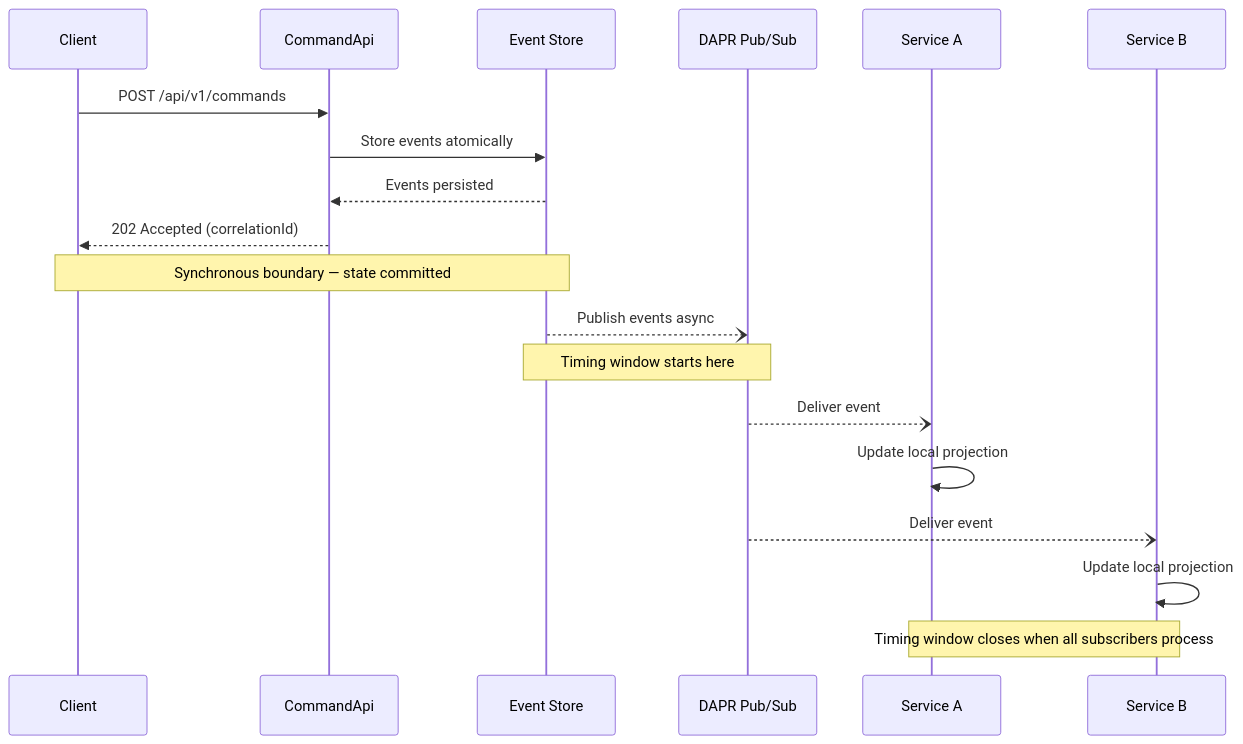
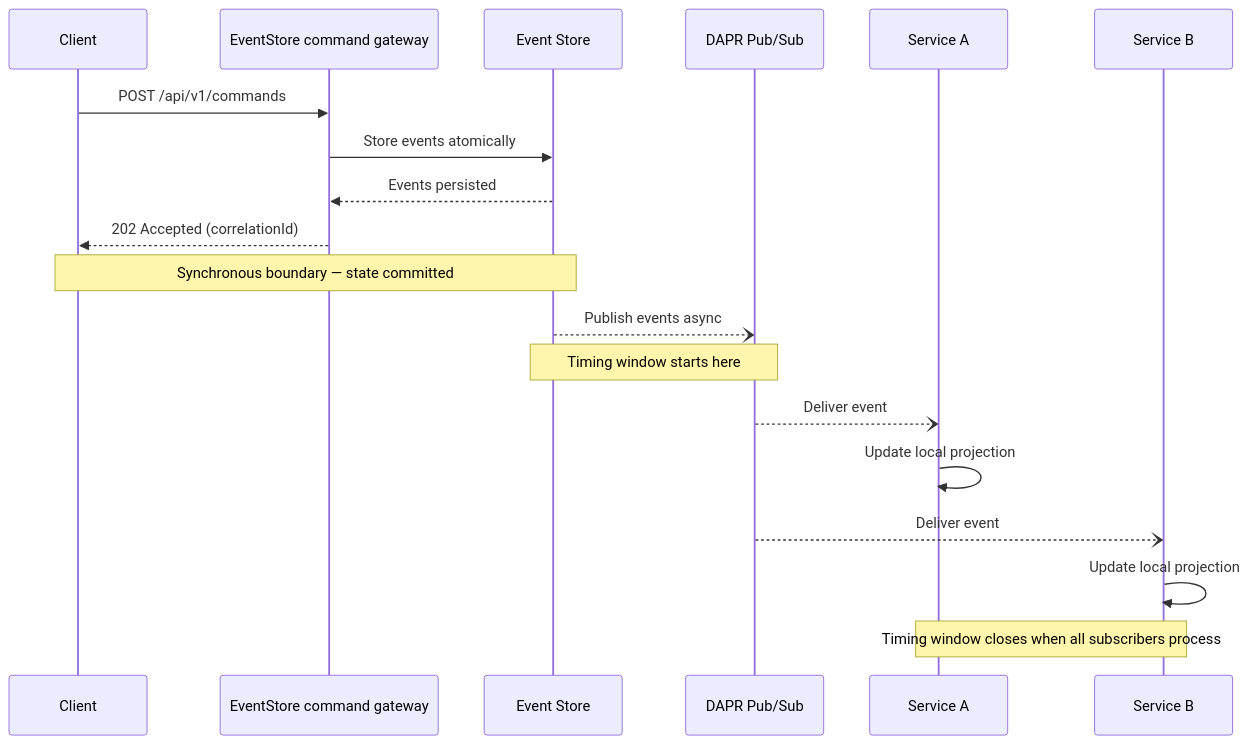
Before and after one commit to Hexalith/Hexalith.Tenants: the diagram in docs/cross-aggregate-timing.md, drawn with Mermaid. The commit also changed other lines of this file and 7 other files, not shown here.

````diff
--- a/docs/cross-aggregate-timing.md
+++ b/docs/cross-aggregate-timing.md
@@ -25,27 +25,27 @@
 ```mermaid
 sequenceDiagram
     participant Client
-    participant CommandApi
+    participant Gateway as EventStore command gateway
     participant EventStore as Event Store
     participant PubSub as DAPR Pub/Sub
     participant ServiceA as Service A
     participant ServiceB as Service B
 
-    Client->>CommandApi: POST /api/v1/commands
-    CommandApi->>EventStore: Store events atomically
-    EventStore-->>CommandApi: Events persisted
-    CommandApi-->>Client: 202 Accepted (correlationId)
+    Client->>Gateway: POST /api/v1/commands
+    Gateway->>EventStore: Store events atomically
+    EventStore-->>Gateway: Events persisted
+    Gateway-->>Client: 202 Accepted (correlationId)
 
     Note over Client,EventStore: Synchronous boundary — state committed
 
     EventStore--)PubSub: Publish events async
     Note over EventStore,PubSub: Timing window starts here
 
     PubSub--)ServiceA: Deliver event
     ServiceA->>ServiceA: Update local projection
 
     PubSub--)ServiceB: Deliver event
     ServiceB->>ServiceB: Update local projection
 
     Note over ServiceA,ServiceB: Timing window closes when all subscribers process
 ```
````
